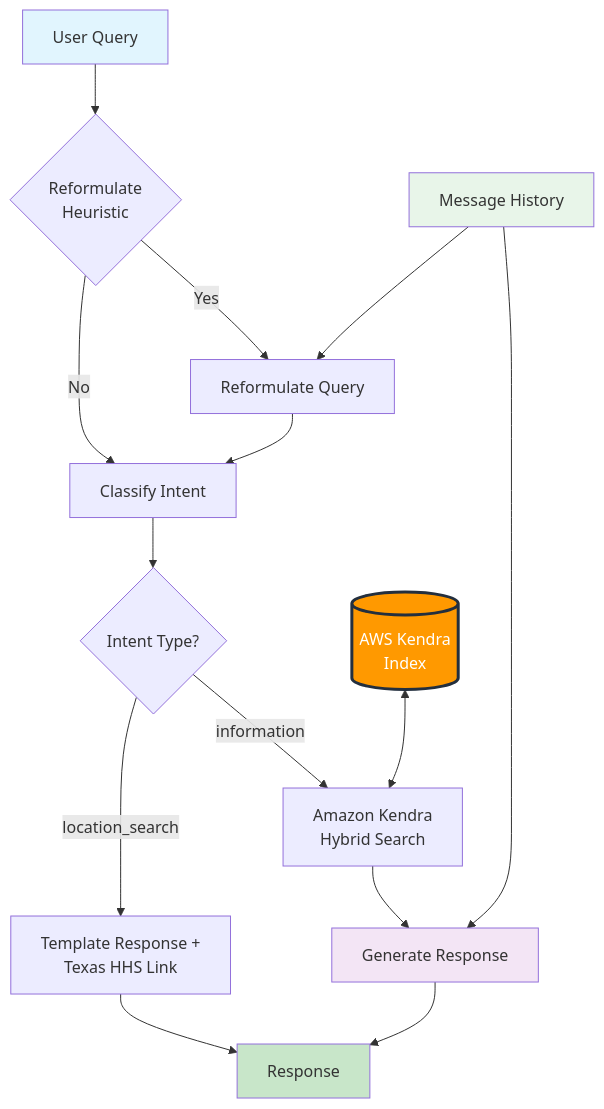
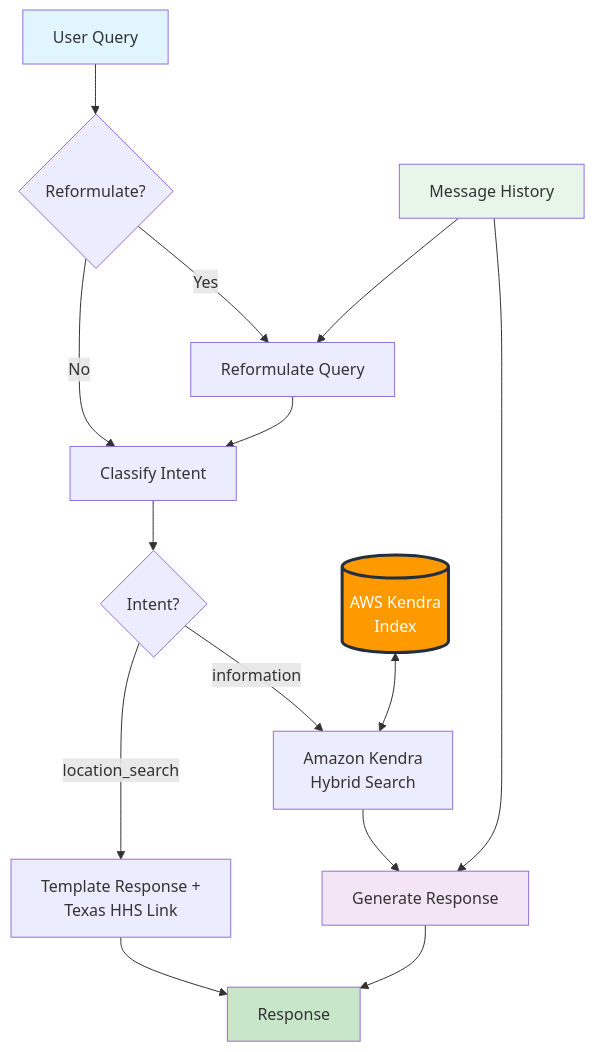
Before and after one commit to techybolek/child: the diagram in SPECS/diagrams/kendra-diagram.md, drawn with Mermaid. The commit also changed 1 other file, not shown here.

Commit message:
chore: shorten diagram node labels for readability
🤖 Generated with [Claude Code](https://claude.com/claude-code)

````diff
--- a/SPECS/diagrams/kendra-diagram.md
+++ b/SPECS/diagrams/kendra-diagram.md
@@ -3,28 +3,28 @@
 ```mermaid
 flowchart TD
-    A[User Query] --> B{Reformulate<br/>Heuristic}
+    A[User Query] --> B{Reformulate?}
 
     B -->|Yes| C[Reformulate Query]
     B -->|No| D[Classify Intent]
     C --> D
 
-    D --> E{Intent Type?}
+    D --> E{Intent?}
 
     E -->|location_search| F[Template Response +<br/>Texas HHS Link]
     F --> Z[Response]
 
     E -->|information| G[Amazon Kendra<br/>Hybrid Search]
     AWS[(AWS Kendra<br/>Index)] <--> G
 
     G --> J[Generate Response]
     MEM[Message History] --> C
     MEM --> J
 
     J --> Z
 
     style A fill:#e1f5fe
     style Z fill:#c8e6c9
     style AWS fill:#ff9900,stroke:#232f3e,stroke-width:3px,color:#fff
     style J fill:#f3e5f5
     style MEM fill:#e8f5e9
 ```
````
